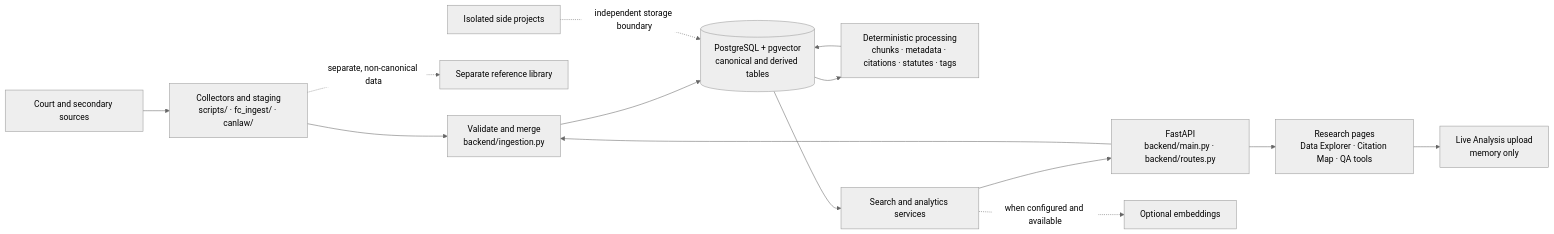
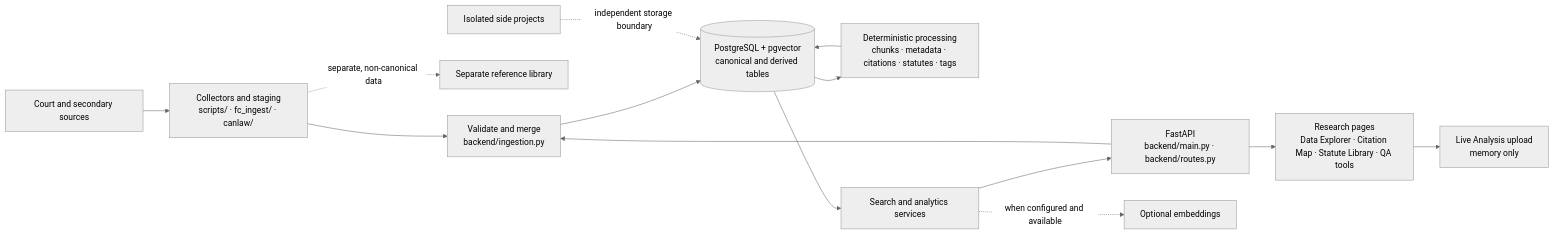
Before and after one commit to greystone-dan/LitIntelproject: the diagram in docs/ARCHITECTURE.md, drawn with Mermaid (neutral theme). The commit also changed other lines of this file and 3 other files, not shown here.

Commit message:
Document merged statute library modules

````diff
--- a/docs/ARCHITECTURE.md
+++ b/docs/ARCHITECTURE.md
@@ -10,24 +10,24 @@
 ```mermaid
 flowchart LR
     Sources["Court and secondary sources"]
     Collectors["Collectors and staging<br/>scripts/ · fc_ingest/ · canlaw/"]
     Ingest["Validate and merge<br/>backend/ingestion.py"]
     API["FastAPI<br/>backend/main.py · backend/routes.py"]
     DB[("PostgreSQL + pgvector<br/>canonical and derived tables")]
     Process["Deterministic processing<br/>chunks · metadata · citations · statutes · tags"]
     Services["Search and analytics services"]
-    Pages["Research pages<br/>Data Explorer · Citation Map · QA tools"]
+    Pages["Research pages<br/>Data Explorer · Citation Map · Statute Library · QA tools"]
     Vectors["Optional embeddings"]
     Uploads["Live Analysis upload<br/>memory only"]
     Reference["Separate reference library"]
     Side["Isolated side projects"]
 
     Sources --> Collectors --> Ingest --> DB
     API --> Ingest
     DB --> Process --> DB
     DB --> Services --> API --> Pages
     Services -. "when configured and available" .-> Vectors
     Pages --> Uploads
     Collectors -. "separate, non-canonical data" .-> Reference
     Side -. "independent storage boundary" .-> DB
 ```
````
